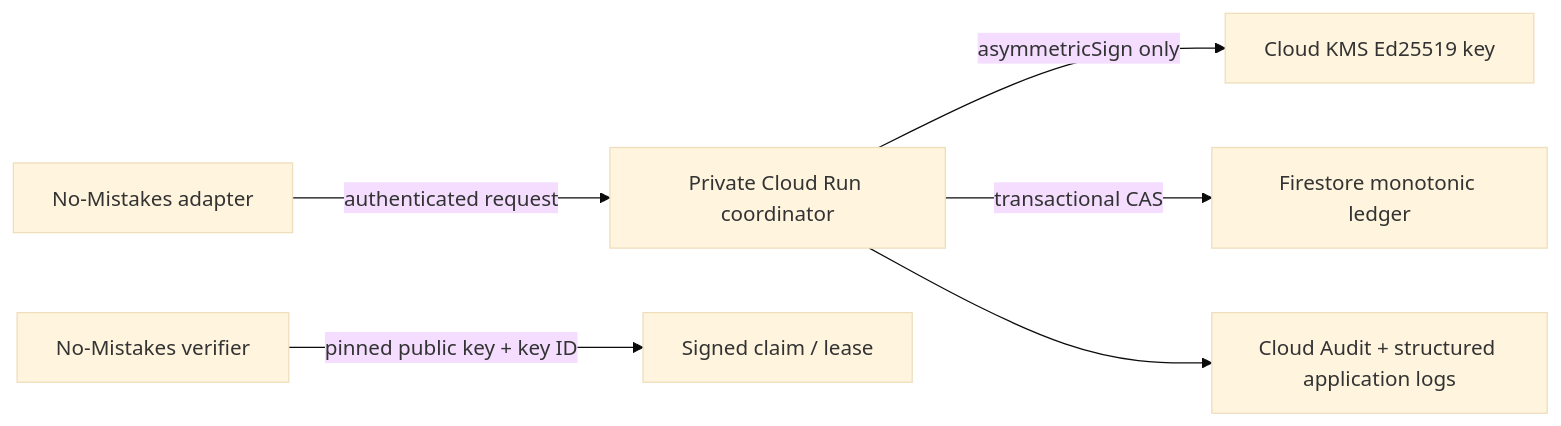
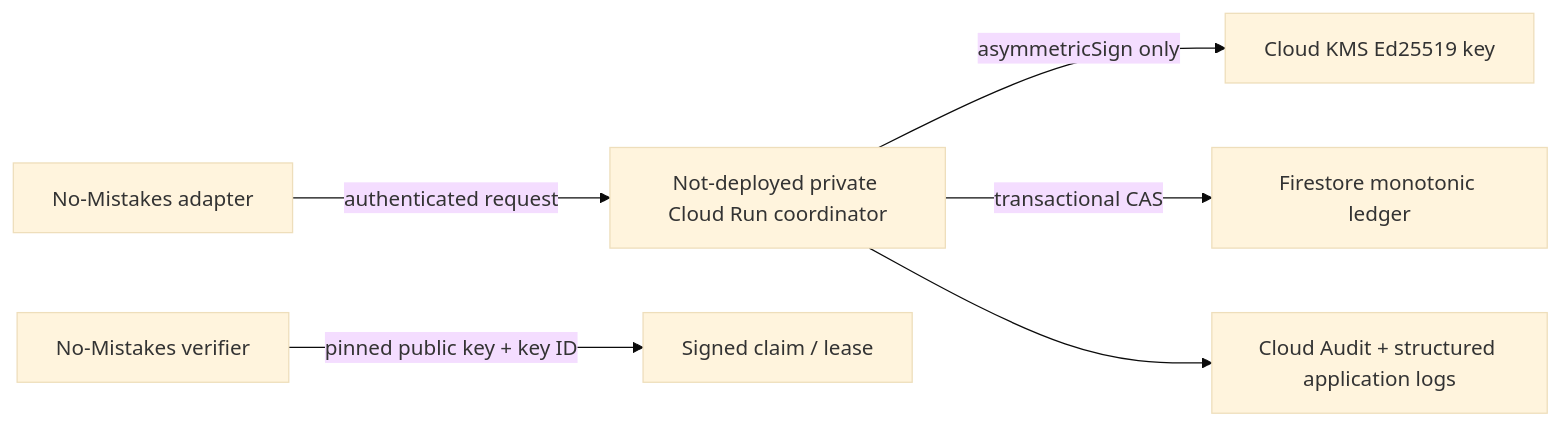
One commit to RaFoyer/no-mistakes changed the diagram in docs/src/content/docs/guides/coordinator-provisioning.md. Above: the diagram before and after it, drawn with Mermaid (base theme). The commit also changed other lines of this file, not shown here.

First line of the commit message:
docs: record coordinator provisioning state (#6)

````diff
--- a/docs/src/content/docs/guides/coordinator-provisioning.md
+++ b/docs/src/content/docs/guides/coordinator-provisioning.md
@@ -44,8 +44,8 @@
 ```mermaid
 flowchart LR
-  client["No-Mistakes adapter"] -->|"authenticated request"| run["Private Cloud Run coordinator"]
+  client["No-Mistakes adapter"] -->|"authenticated request"| run["Not-deployed private Cloud Run coordinator"]
   run -->|"asymmetricSign only"| kms["Cloud KMS Ed25519 key"]
   run -->|"transactional CAS"| db["Firestore monotonic ledger"]
   run --> logs["Cloud Audit + structured application logs"]
   verifier["No-Mistakes verifier"] -->|"pinned public key + key ID"| claim["Signed claim / lease"]
 ```
````
